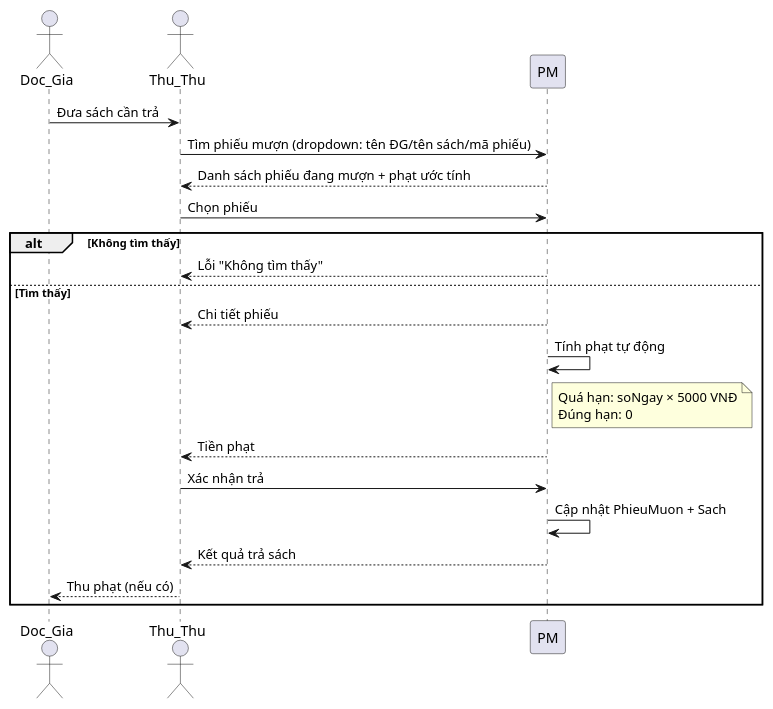
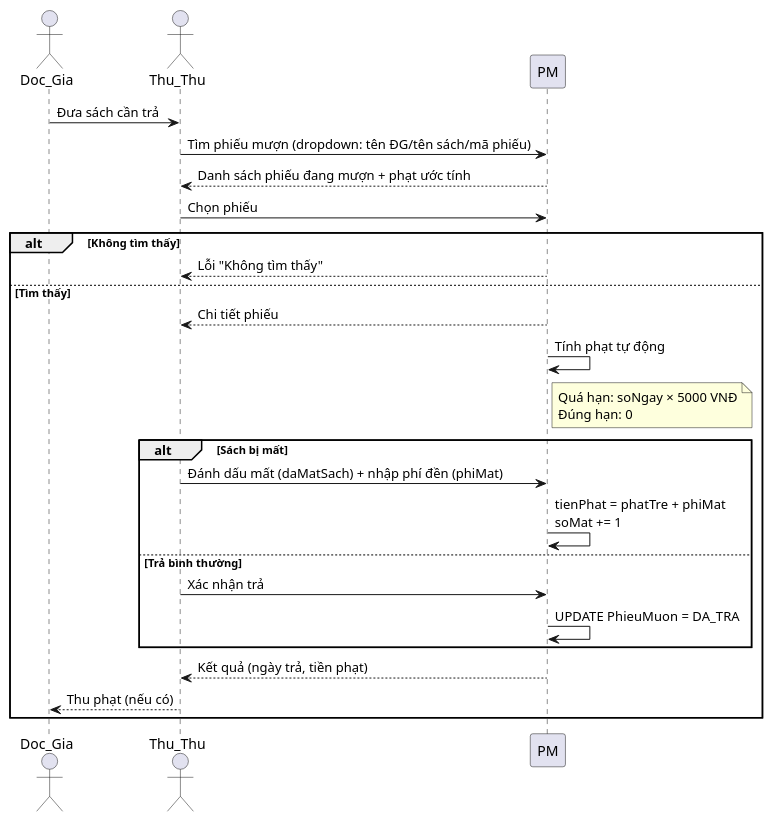
The fourth of 15 diagrams in .kiro/document/BaoCao_3UC_PlantUML.md (NPhamDoan/FULL_QLThuVien), drawn with PlantUML before and after one commit. The commit also changed other lines of this file and 37 other files, not shown here.

````diff
--- a/.kiro/document/BaoCao_3UC_PlantUML.md
+++ b/.kiro/document/BaoCao_3UC_PlantUML.md
@@ -135,25 +135,34 @@
 ```plantuml
 @startuml
 actor "Doc_Gia" as DG
 actor "Thu_Thu" as TT
 participant "PM" as PM
 
 DG -> TT : Đưa sách cần trả
 TT -> PM : Tìm phiếu mượn (dropdown: tên ĐG/tên sách/mã phiếu)
 PM --> TT : Danh sách phiếu đang mượn + phạt ước tính
 TT -> PM : Chọn phiếu
 
 alt Không tìm thấy
     PM --> TT : Lỗi "Không tìm thấy"
 else Tìm thấy
     PM --> TT : Chi tiết phiếu
     PM -> PM : Tính phạt tự động
-    note right of PM : Quá hạn: soNgay × 5000 VNĐ\nĐúng hạn: 0
-    PM --> TT : Tiền phạt
-    TT -> PM : Xác nhận trả
-    PM -> PM : Cập nhật PhieuMuon + Sach
-    PM --> TT : Kết quả trả sách
+    note right of PM
+      Quá hạn: soNgay × 5000 VNĐ
+      Đúng hạn: 0
+    end note
+
+    alt Sách bị mất
+        TT -> PM : Đánh dấu mất (daMatSach) + nhập phí đền (phiMat)
+        PM -> PM : tienPhat = phatTre + phiMat\nsoMat += 1
+    else Trả bình thường
+        TT -> PM : Xác nhận trả
+        PM -> PM : UPDATE PhieuMuon = DA_TRA
+    end
+
+    PM --> TT : Kết quả (ngày trả, tiền phạt)
     TT --> DG : Thu phạt (nếu có)
 end
 @enduml
 ```
````
